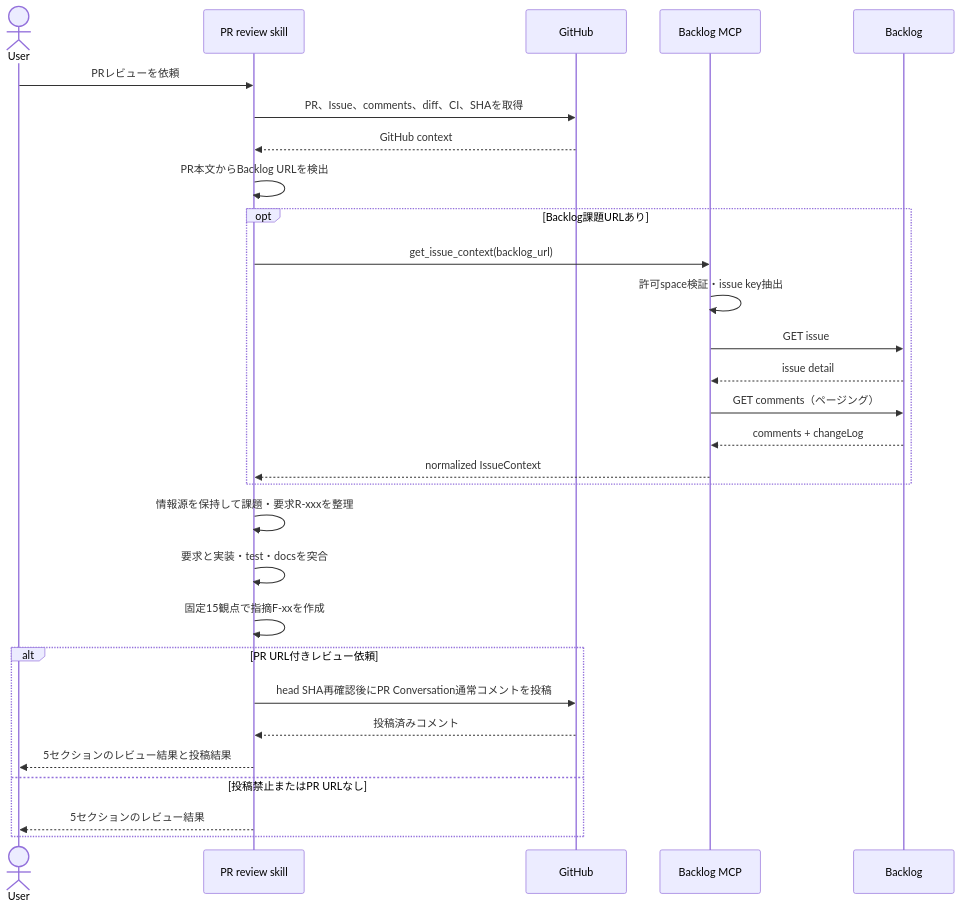
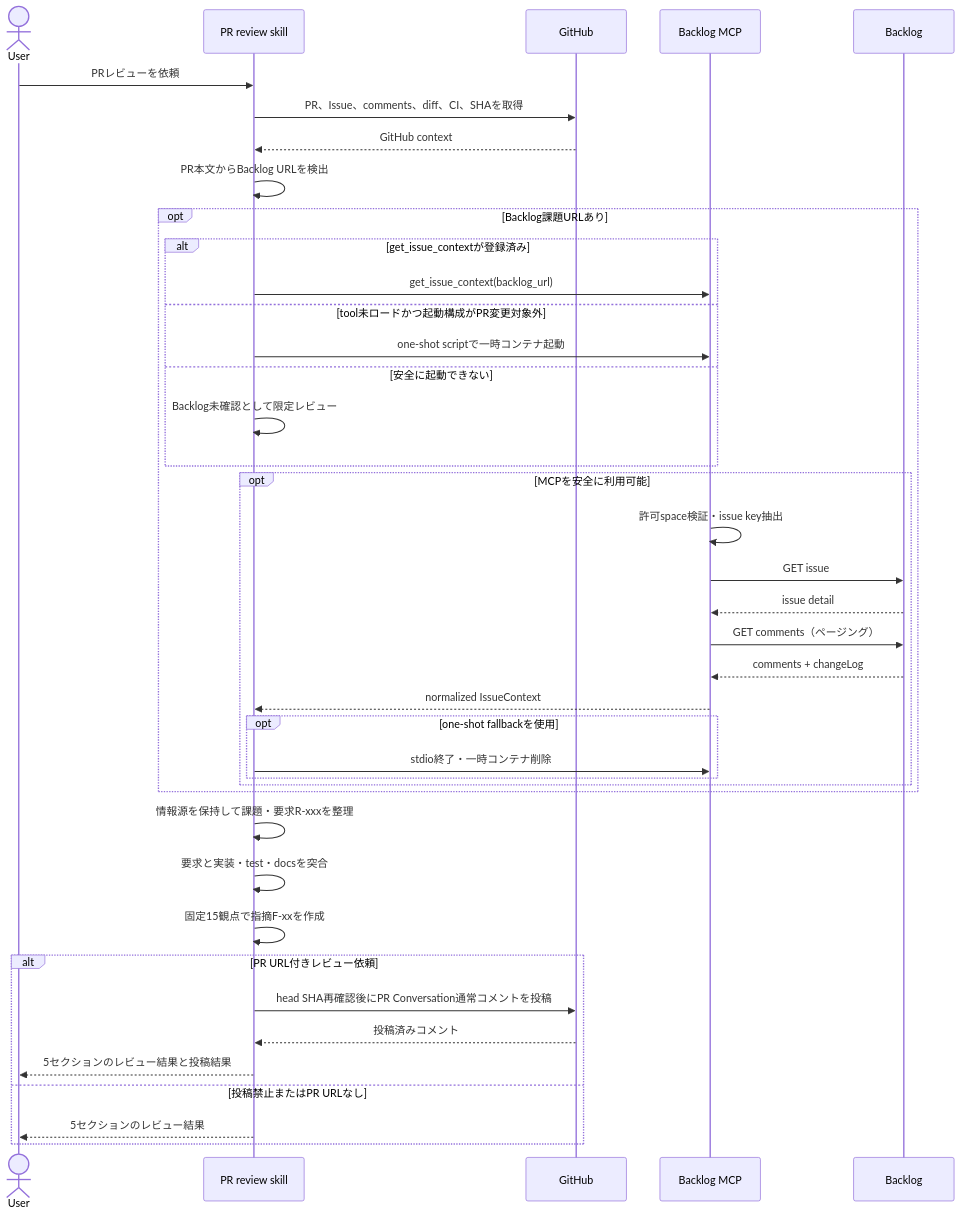
Before and after one commit to htakumi08/mcp-pr-review: the second of 2 diagrams in docs/architecture.md, drawn with Mermaid. The commit also changed other lines of this file and 7 other files, not shown here.

````diff
--- a/docs/architecture.md
+++ b/docs/architecture.md
@@ -33,32 +46,43 @@
 ```mermaid
 sequenceDiagram
     actor User
     participant Skill as PR review skill
     participant GitHub
     participant MCP as Backlog MCP
     participant Backlog
 
     User->>Skill: PRレビューを依頼
     Skill->>GitHub: PR、Issue、comments、diff、CI、SHAを取得
     GitHub-->>Skill: GitHub context
     Skill->>Skill: PR本文からBacklog URLを検出
     opt Backlog課題URLあり
-        Skill->>MCP: get_issue_context(backlog_url)
-        MCP->>MCP: 許可space検証・issue key抽出
-        MCP->>Backlog: GET issue
-        Backlog-->>MCP: issue detail
-        MCP->>Backlog: GET comments（ページング）
-        Backlog-->>MCP: comments + changeLog
-        MCP-->>Skill: normalized IssueContext
+        alt get_issue_contextが登録済み
+            Skill->>MCP: get_issue_context(backlog_url)
+        else tool未ロードかつ起動構成がPR変更対象外
+            Skill->>MCP: one-shot scriptで一時コンテナ起動
+        else 安全に起動できない
+            Skill->>Skill: Backlog未確認として限定レビュー
+        end
+        opt MCPを安全に利用可能
+            MCP->>MCP: 許可space検証・issue key抽出
+            MCP->>Backlog: GET issue
+            Backlog-->>MCP: issue detail
+            MCP->>Backlog: GET comments（ページング）
+            Backlog-->>MCP: comments + changeLog
+            MCP-->>Skill: normalized IssueContext
+            opt one-shot fallbackを使用
+                Skill->>MCP: stdio終了・一時コンテナ削除
+            end
+        end
     end
     Skill->>Skill: 情報源を保持して課題・要求R-xxxを整理
     Skill->>Skill: 要求と実装・test・docsを突合
     Skill->>Skill: 固定15観点で指摘F-xxを作成
     alt PR URL付きレビュー依頼
         Skill->>GitHub: head SHA再確認後にPR Conversation通常コメントを投稿
         GitHub-->>Skill: 投稿済みコメント
         Skill-->>User: 5セクションのレビュー結果と投稿結果
     else 投稿禁止またはPR URLなし
         Skill-->>User: 5セクションのレビュー結果
     end
 ```
````
